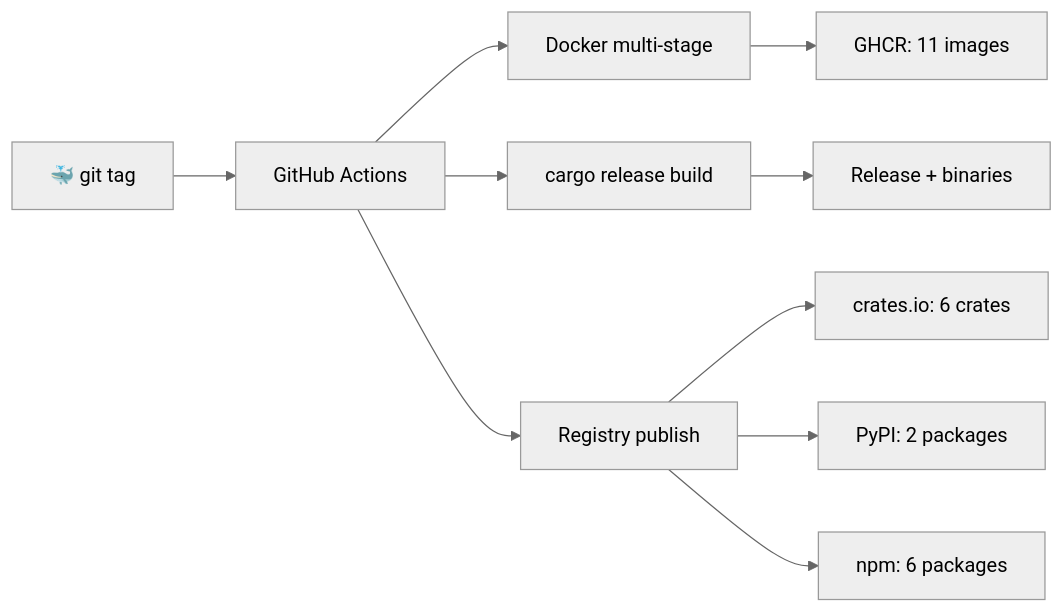
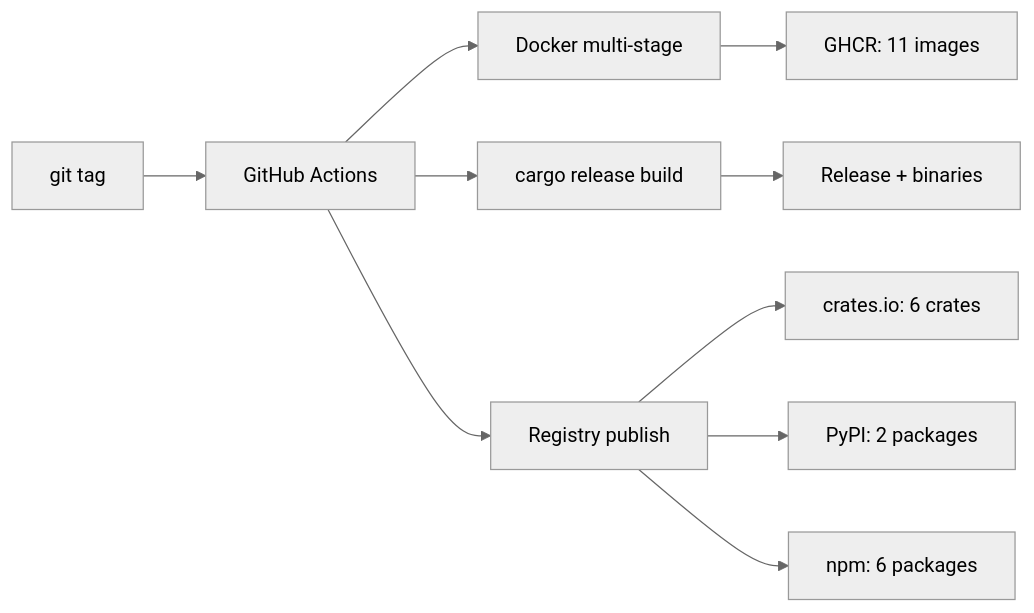
Before and after one commit to BartoszOsiej/BartoszOsiej: the diagram in README.md, drawn with Mermaid (neutral theme).

Commit message:
fix: remove emoji from mermaid labels to fix rendering

````diff
--- a/README.md
+++ b/README.md
@@ -128,12 +128,12 @@
 ```mermaid
 flowchart LR
-    T["🐳 git tag"] --> CI["GitHub Actions"]
+    T["git tag"] --> CI["GitHub Actions"]
     CI --> D["Docker multi-stage"]
     D --> G["GHCR: 11 images"]
     CI --> B["cargo release build"]
     B --> R["Release + binaries"]
     CI --> P["Registry publish"]
     P --> C["crates.io: 6 crates"]
     P --> Y["PyPI: 2 packages"]
     P --> N["npm: 6 packages"]
 ```
````
